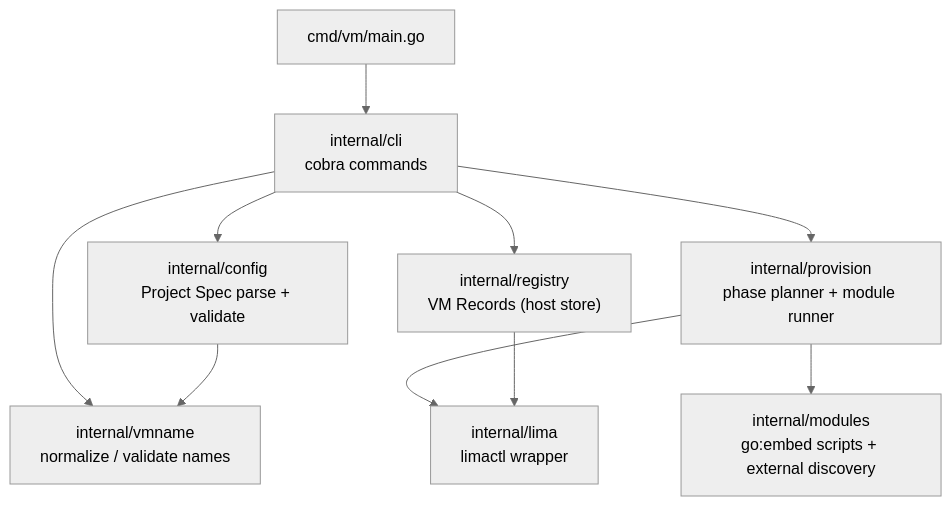
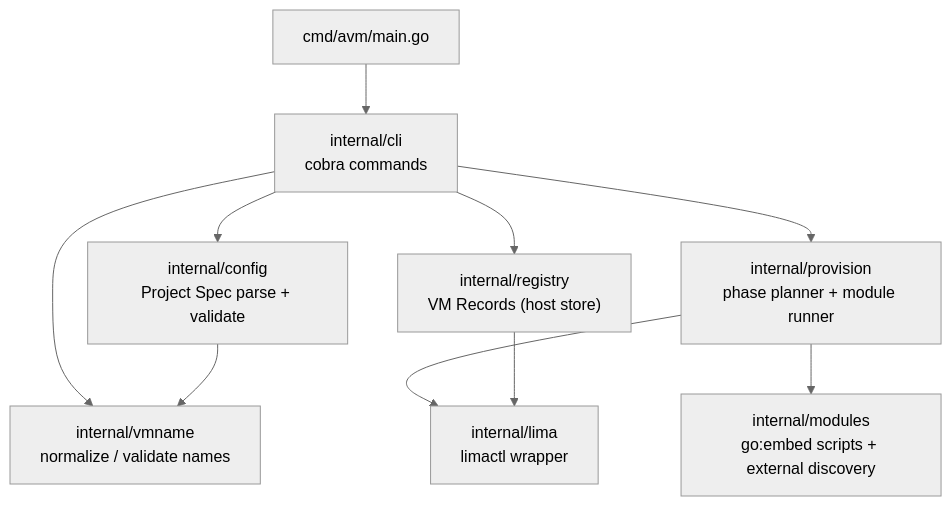
One commit to MikD1/agent-vm changed the second of 6 diagrams in docs/architecture.md. Above: the diagram before and after it, drawn with Mermaid (neutral theme). The commit also changed other lines of this file, not shown here.

Commit message:
docs(architecture): sync with implemented design (names, Record-first, prune, no workspace in Spec, embed layout)

````diff
--- a/docs/architecture.md
+++ b/docs/architecture.md
@@ -77,21 +77,21 @@
 ```mermaid
 graph TD
-    main["cmd/vm/main.go"]
+    main["cmd/avm/main.go"]
     cli["internal/cli<br/>cobra commands"]
     config["internal/config<br/>Project Spec parse + validate"]
     registry["internal/registry<br/>VM Records (host store)"]
     lima["internal/lima<br/>limactl wrapper"]
     provision["internal/provision<br/>phase planner + module runner"]
     modules["internal/modules<br/>go:embed scripts + external discovery"]
     vmname["internal/vmname<br/>normalize / validate names"]
 
     main --> cli
     cli --> config
     cli --> registry
     cli --> provision
     cli --> vmname
     provision --> lima
     provision --> modules
     registry --> lima
     config --> vmname
 ```
````
